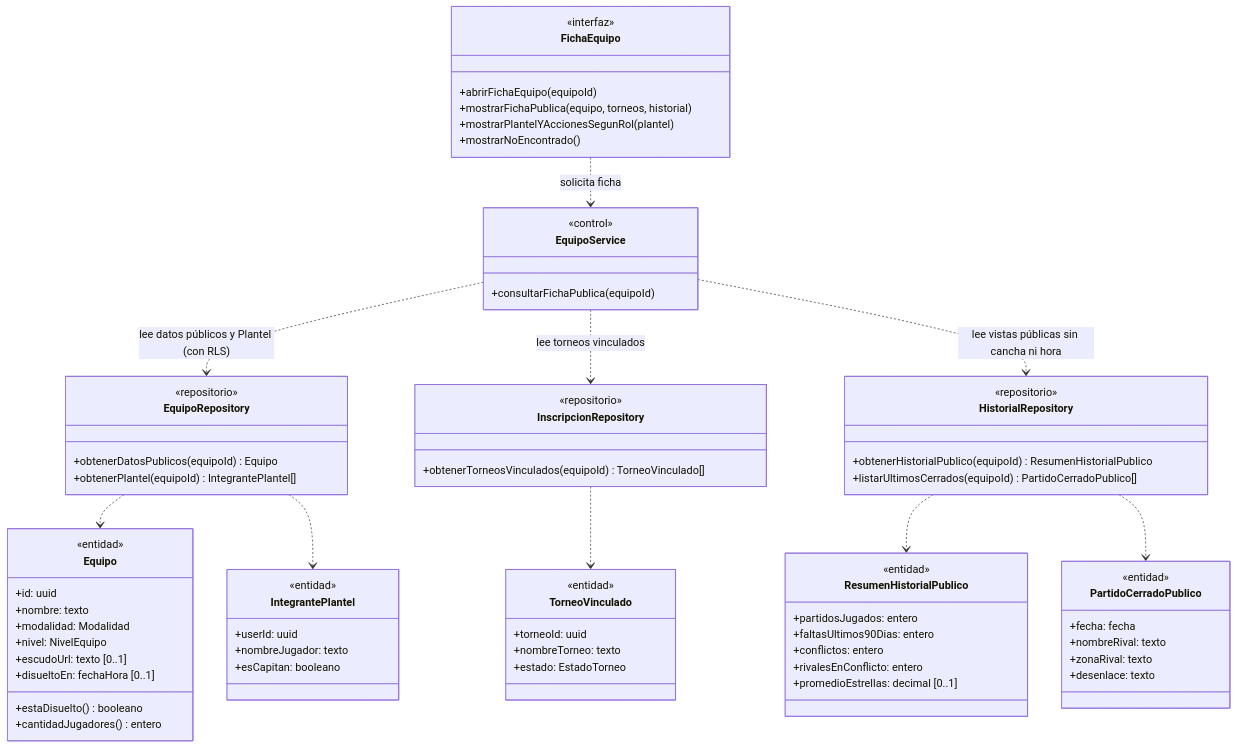
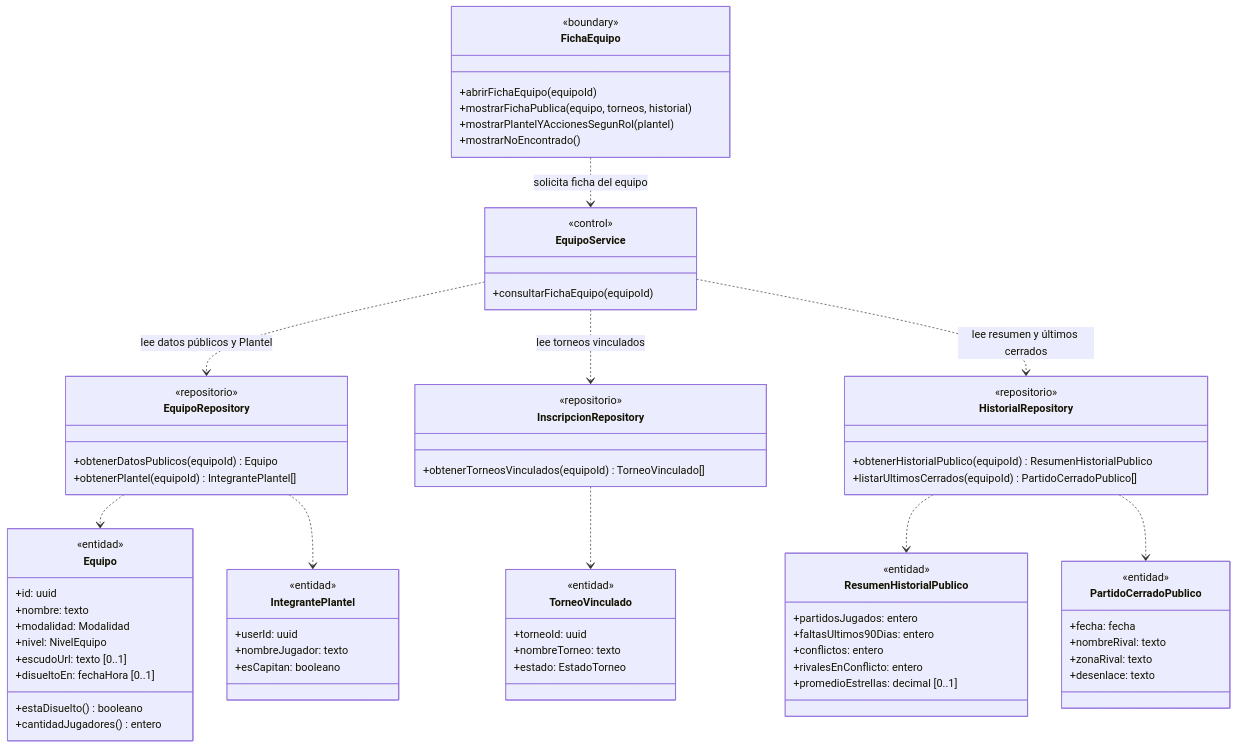
The fifth of 11 diagrams in docs/diagramas-de-clase/equipos.md (nicqletal/torneos-scraper), drawn with Mermaid before and after one commit. The commit also changed other lines of this file and 12 other files, not shown here.

Commit message:
Correcion Diagramas de Clase

````diff
--- a/docs/diagramas-de-clase/equipos.md
+++ b/docs/diagramas-de-clase/equipos.md
@@ -394,76 +321,76 @@
 ```mermaid
 classDiagram
 direction TB
 class FichaEquipo {
-  <<interfaz>>
+  <<boundary>>
   +abrirFichaEquipo(equipoId)
   +mostrarFichaPublica(equipo, torneos, historial)
   +mostrarPlantelYAccionesSegunRol(plantel)
   +mostrarNoEncontrado()
 }
 class EquipoService {
   <<control>>
-  +consultarFichaPublica(equipoId)
+  +consultarFichaEquipo(equipoId)
 }
 class EquipoRepository {
   <<repositorio>>
   +obtenerDatosPublicos(equipoId) Equipo
   +obtenerPlantel(equipoId) IntegrantePlantel[]
 }
 class InscripcionRepository {
   <<repositorio>>
   +obtenerTorneosVinculados(equipoId) TorneoVinculado[]
 }
 class HistorialRepository {
   <<repositorio>>
   +obtenerHistorialPublico(equipoId) ResumenHistorialPublico
   +listarUltimosCerrados(equipoId) PartidoCerradoPublico[]
 }
 class Equipo {
   <<entidad>>
   +id: uuid
   +nombre: texto
   +modalidad: Modalidad
   +nivel: NivelEquipo
   +escudoUrl: texto [0..1]
   +disueltoEn: fechaHora [0..1]
   +estaDisuelto() booleano
   +cantidadJugadores() entero
 }
 class IntegrantePlantel {
   <<entidad>>
   +userId: uuid
   +nombreJugador: texto
   +esCapitan: booleano
 }
 class ResumenHistorialPublico {
   <<entidad>>
   +partidosJugados: entero
   +faltasUltimos90Dias: entero
   +conflictos: entero
   +rivalesEnConflicto: entero
   +promedioEstrellas: decimal [0..1]
 }
 class PartidoCerradoPublico {
   <<entidad>>
   +fecha: fecha
   +nombreRival: texto
   +zonaRival: texto
   +desenlace: texto
 }
 class TorneoVinculado {
   <<entidad>>
   +torneoId: uuid
   +nombreTorneo: texto
   +estado: EstadoTorneo
 }
-FichaEquipo ..> EquipoService : solicita ficha
-EquipoService ..> EquipoRepository : lee datos públicos y Plantel (con RLS)
+FichaEquipo ..> EquipoService : solicita ficha del equipo
+EquipoService ..> EquipoRepository : lee datos públicos y Plantel
 EquipoService ..> InscripcionRepository : lee torneos vinculados
-EquipoService ..> HistorialRepository : lee vistas públicas sin cancha ni hora
+EquipoService ..> HistorialRepository : lee resumen y últimos cerrados
 EquipoRepository ..> Equipo
 EquipoRepository ..> IntegrantePlantel
 InscripcionRepository ..> TorneoVinculado
 HistorialRepository ..> ResumenHistorialPublico
 HistorialRepository ..> PartidoCerradoPublico
 ```
````
